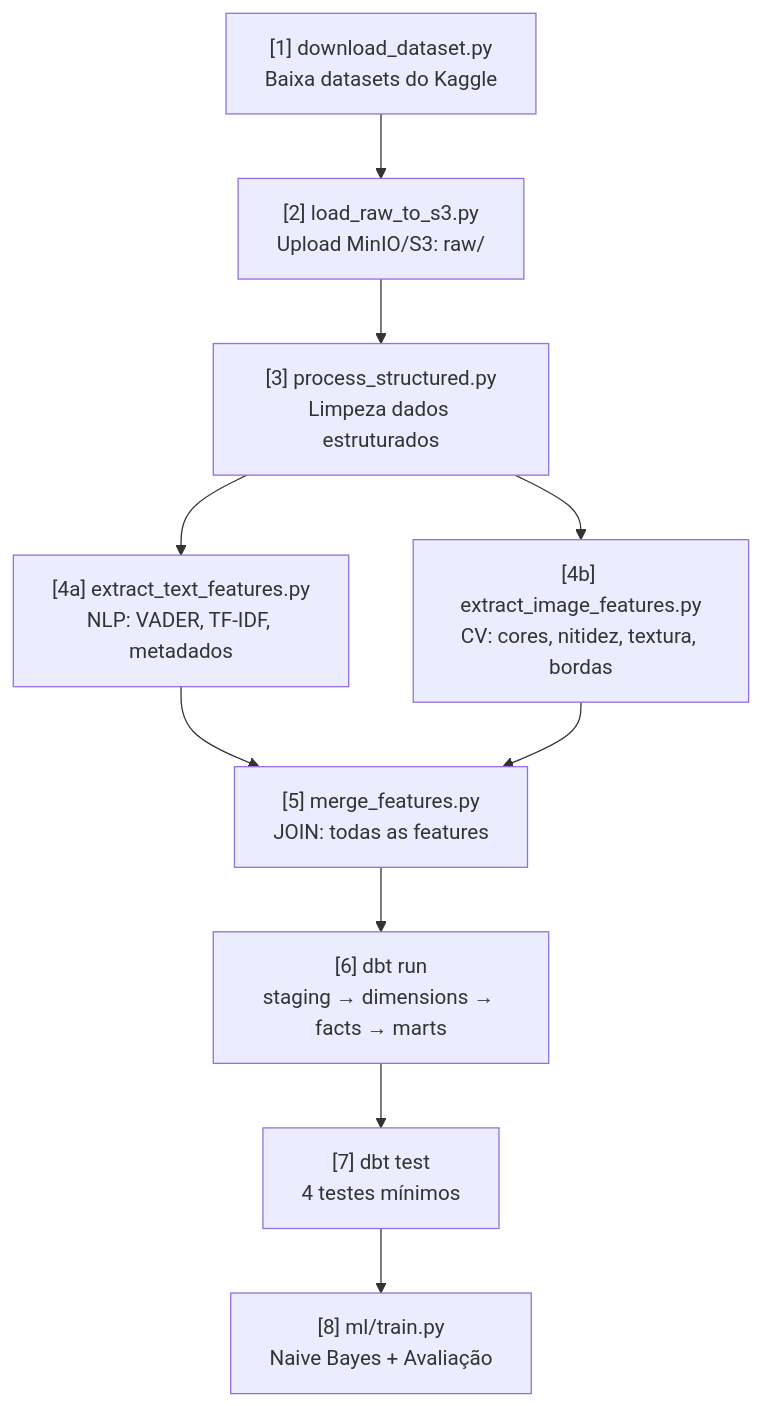
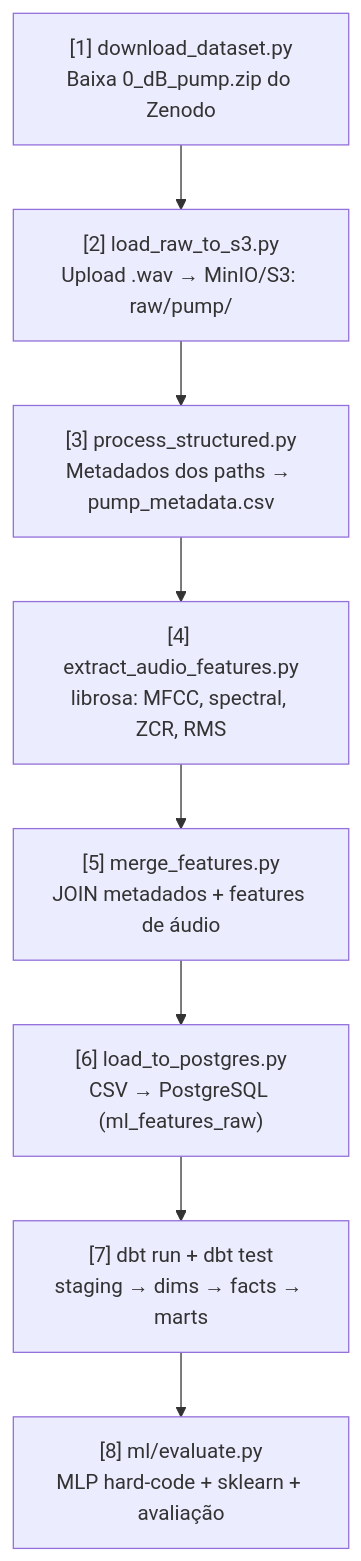
One commit to guialvesmartins/trabalho-ifg-modulo-2 changed the diagram in .docs-projeto-final/04-Pipeline-ELT.md. Above: the diagram before and after it, drawn with Mermaid. The commit also changed other lines of this file and 32 other files, not shown here.

````diff
--- a/.docs-projeto-final/04-Pipeline-ELT.md
+++ b/.docs-projeto-final/04-Pipeline-ELT.md
@@ -23,19 +23,13 @@
 ```mermaid
 graph TD
-    E1["[1] download_dataset.py\nBaixa datasets do Kaggle"]
-    E2["[2] load_raw_to_s3.py\nUpload MinIO/S3: raw/"]
-    E3["[3] process_structured.py\nLimpeza dados estruturados"]
-    E4A["[4a] extract_text_features.py\nNLP: VADER, TF-IDF, metadados"]
-    E4B["[4b] extract_image_features.py\nCV: cores, nitidez, textura, bordas"]
-    E5["[5] merge_features.py\nJOIN: todas as features"]
-    E6["[6] dbt run\nstaging → dimensions → facts → marts"]
-    E7["[7] dbt test\n4 testes mínimos"]
-    E8["[8] ml/train.py\nNaive Bayes + Avaliação"]
+    E1["[1] download_dataset.py\nBaixa 0_dB_pump.zip do Zenodo"]
+    E2["[2] load_raw_to_s3.py\nUpload .wav → MinIO/S3: raw/pump/"]
+    E3["[3] process_structured.py\nMetadados dos paths → pump_metadata.csv"]
+    E4["[4] extract_audio_features.py\nlibrosa: MFCC, spectral, ZCR, RMS"]
+    E5["[5] merge_features.py\nJOIN metadados + features de áudio"]
+    E6["[6] load_to_postgres.py\nCSV → PostgreSQL (ml_features_raw)"]
+    E7["[7] dbt run + dbt test\nstaging → dims → facts → marts"]
+    E8["[8] ml/evaluate.py\nMLP hard-code + sklearn + avaliação"]
 
-    E1 --> E2 --> E3
-    E3 --> E4A
-    E3 --> E4B
-    E4A --> E5
-    E4B --> E5
-    E5 --> E6 --> E7 --> E8
+    E1 --> E2 --> E3 --> E4 --> E5 --> E6 --> E7 --> E8
 ```
````
